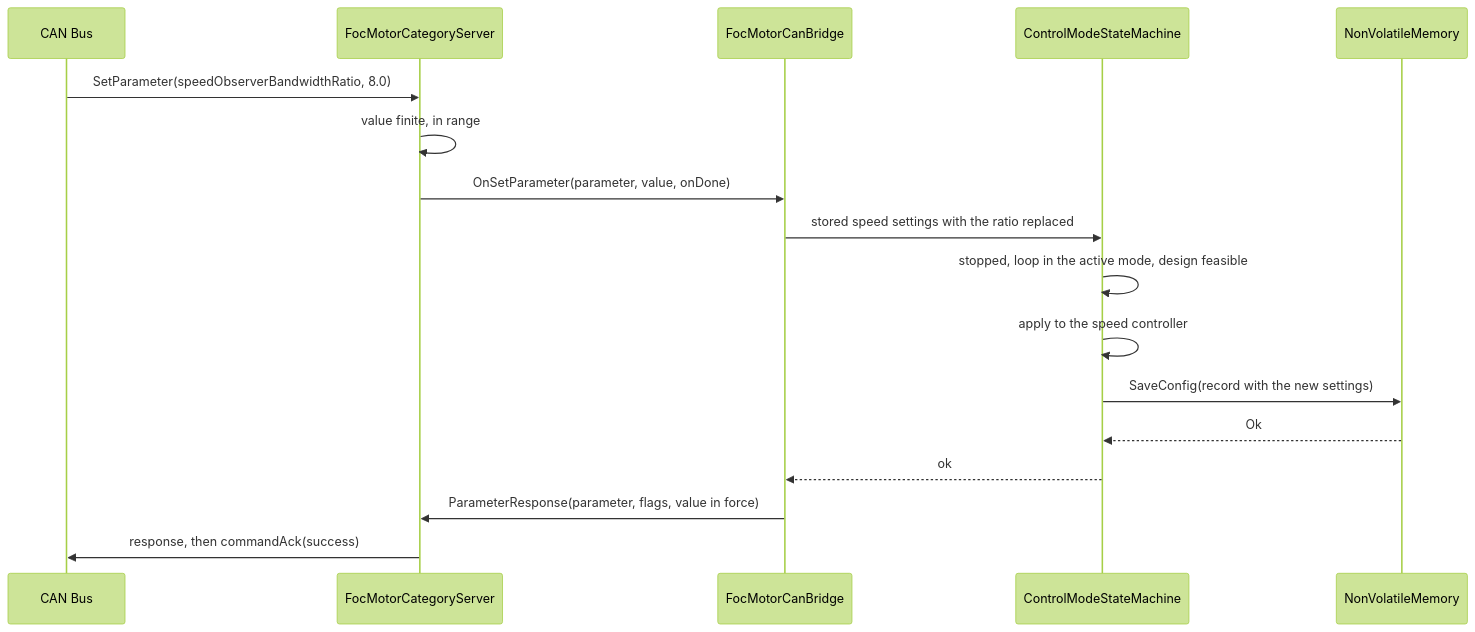
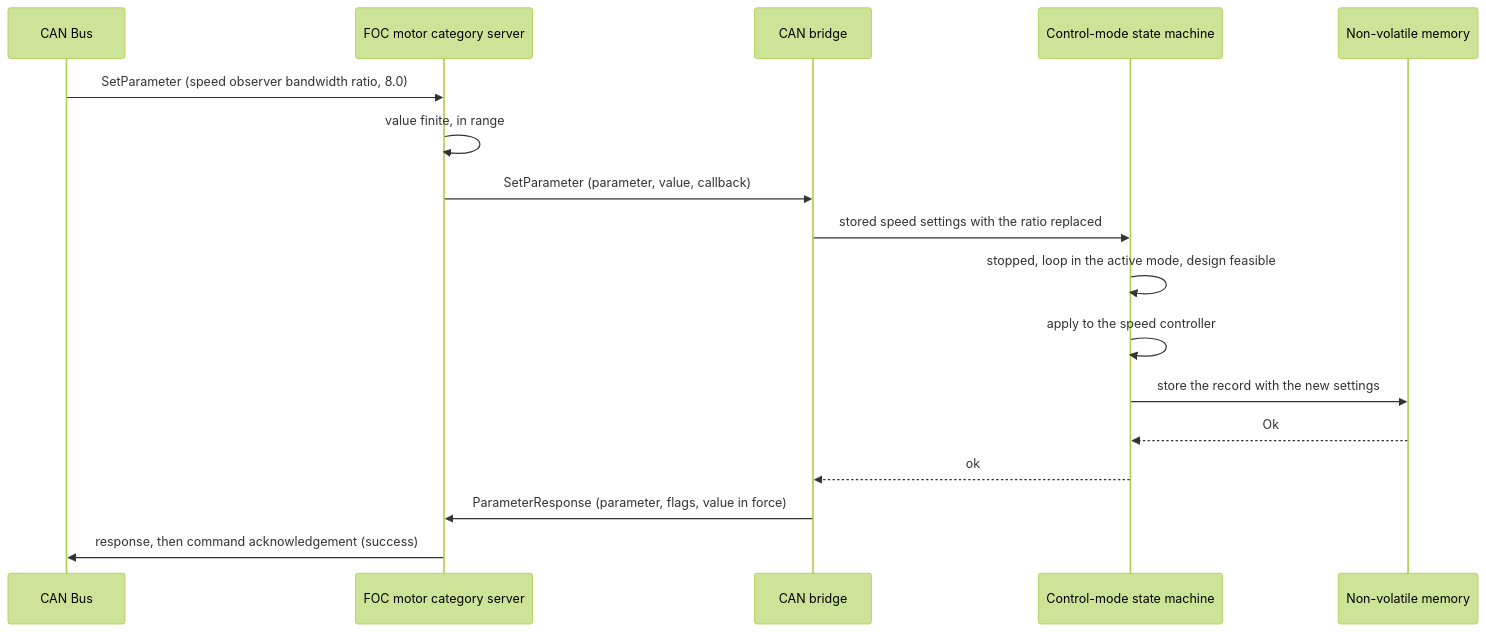
One commit to embedded-pro/e-foc changed the sixth of 7 diagrams in documentation/design/service-can.md. Above: the diagram before and after it, drawn with Mermaid (forest theme). The commit also changed other lines of this file and 37 other files, not shown here.

````diff
--- a/documentation/design/service-can.md
+++ b/documentation/design/service-can.md
@@ -399,20 +432,20 @@
 ```mermaid
 sequenceDiagram
     participant CAN as CAN Bus
-    participant SRV as FocMotorCategoryServer
-    participant BRG as FocMotorCanBridge
-    participant CMS as ControlModeStateMachine
-    participant NVM as NonVolatileMemory
+    participant SRV as FOC motor category server
+    participant BRG as CAN bridge
+    participant CMS as Control-mode state machine
+    participant NVM as Non-volatile memory
 
-    CAN->>SRV: SetParameter(speedObserverBandwidthRatio, 8.0)
+    CAN->>SRV: SetParameter (speed observer bandwidth ratio, 8.0)
     SRV->>SRV: value finite, in range
-    SRV->>BRG: OnSetParameter(parameter, value, onDone)
+    SRV->>BRG: SetParameter (parameter, value, callback)
     BRG->>CMS: stored speed settings with the ratio replaced
     CMS->>CMS: stopped, loop in the active mode, design feasible
     CMS->>CMS: apply to the speed controller
-    CMS->>NVM: SaveConfig(record with the new settings)
+    CMS->>NVM: store the record with the new settings
     NVM-->>CMS: Ok
     CMS-->>BRG: ok
-    BRG->>SRV: ParameterResponse(parameter, flags, value in force)
-    SRV->>CAN: response, then commandAck(success)
+    BRG->>SRV: ParameterResponse (parameter, flags, value in force)
+    SRV->>CAN: response, then command acknowledgement (success)
 ```
````
